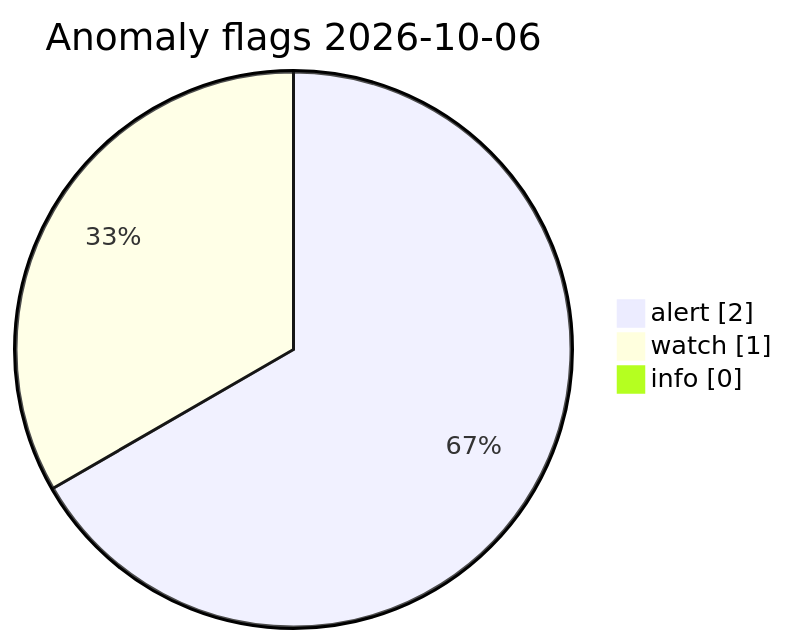
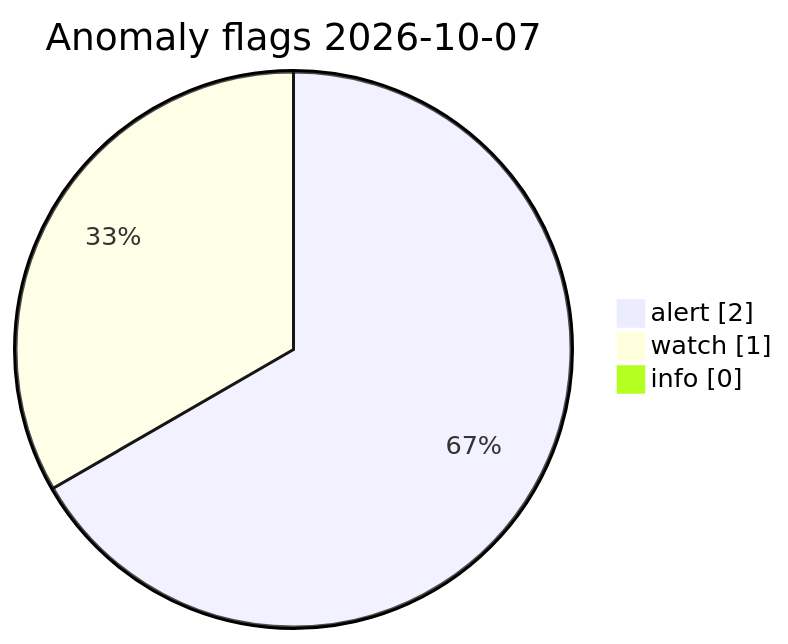
One commit to Midwest-Stratospheric/Unified-Open-Global-Weather changed the diagram in visuals/latest/CHARTS.md. Above: the diagram before and after it, drawn with Mermaid. The commit also changed other lines of this file and 11 other files, not shown here.

Commit message:
data(visuals): automated charts 2026-10-07T13:29Z

````diff
--- a/visuals/latest/CHARTS.md
+++ b/visuals/latest/CHARTS.md
@@ -73,7 +73,7 @@
 ```mermaid
 pie showData
-  title Anomaly flags 2026-10-06
+  title Anomaly flags 2026-10-07
   "alert" : 2
   "watch" : 1
   "info" : 0
 ```
````
